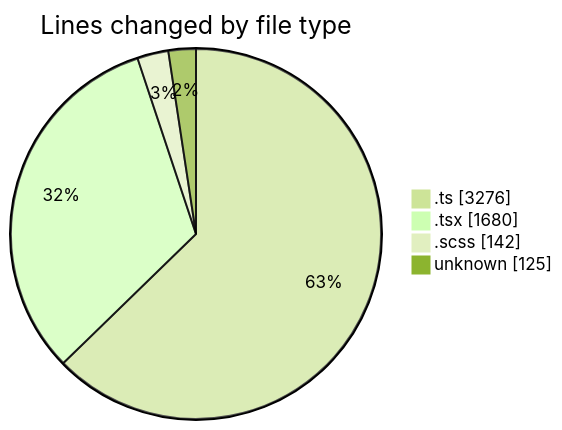
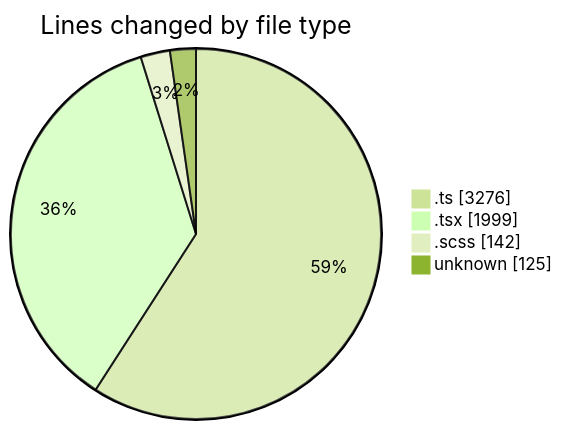
The first of 2 diagrams in 2026-09-09/cda/README.md (momahboobian/code-tracking), drawn with Mermaid (forest theme) before and after one commit. The commit also changed other lines of this file and 1 other file, not shown here.

````diff
--- a/2026-09-09/cda/README.md
+++ b/2026-09-09/cda/README.md
@@ -42,8 +42,8 @@
 ```mermaid
 pie showData
 title Lines changed by file type
 ".ts" : 3276
-".tsx" : 1680
+".tsx" : 1999
 ".scss" : 142
 "unknown" : 125
 ```
````
